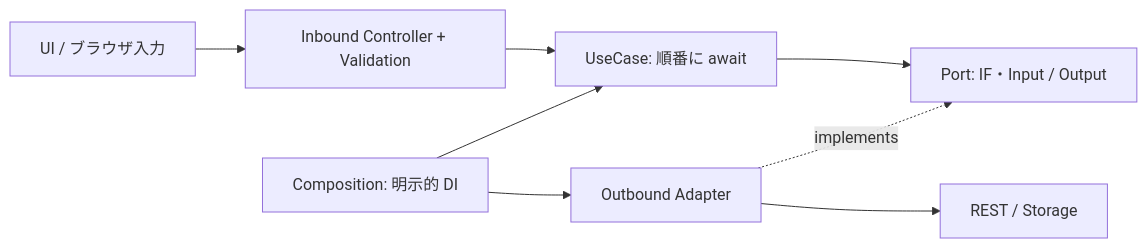
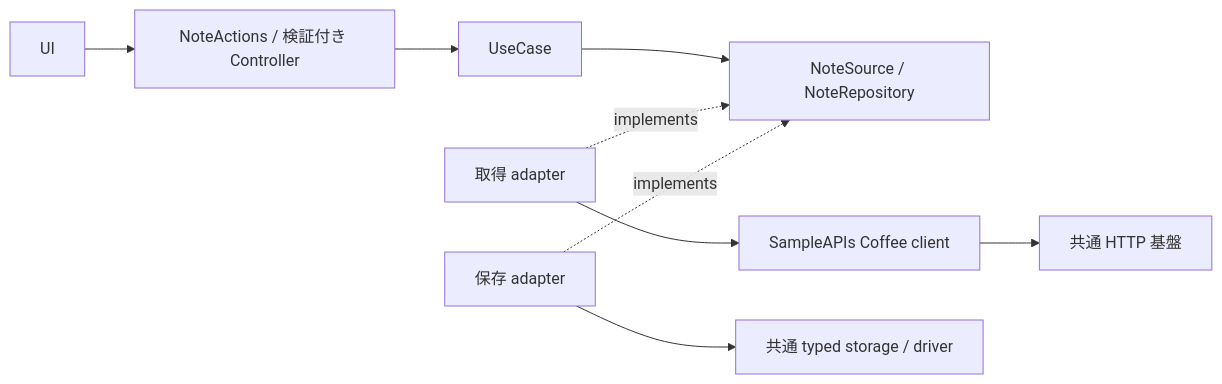
The diagram in docs/architecture.md (l-freeze/chrome-ext-base), drawn with Mermaid before and after one commit. The commit also changed other lines of this file and 3 other files, not shown here.

````diff
--- a/docs/architecture.md
+++ b/docs/architecture.md
@@ -35,10 +93,11 @@
 ```mermaid
 flowchart LR
-  UI[UI / ブラウザ入力] --> Boundary[Inbound Controller + Validation]
-  Boundary --> UC[UseCase: 順番に await]
-  UC --> Port[Port: IF・Input / Output]
-  Adapter[Outbound Adapter] -. implements .-> Port
-  Adapter --> External[REST / Storage]
-  Composition[Composition: 明示的 DI] --> UC
-  Composition --> Adapter
+  UI[UI] --> Inbound[NoteActions / 検証付き Controller]
+  Inbound --> UC[UseCase]
+  UC --> Ports[NoteSource / NoteRepository]
+  Sources[取得 adapter] -. implements .-> Ports
+  Persistence[保存 adapter] -. implements .-> Ports
+  Sources --> Client[SampleAPIs Coffee client]
+  Client --> HTTP[共通 HTTP 基盤]
+  Persistence --> Storage[共通 typed storage / driver]
 ```
````
